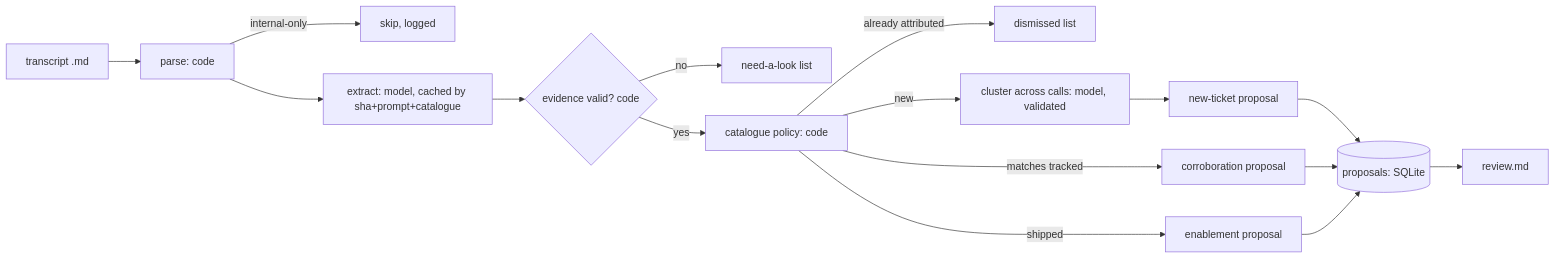
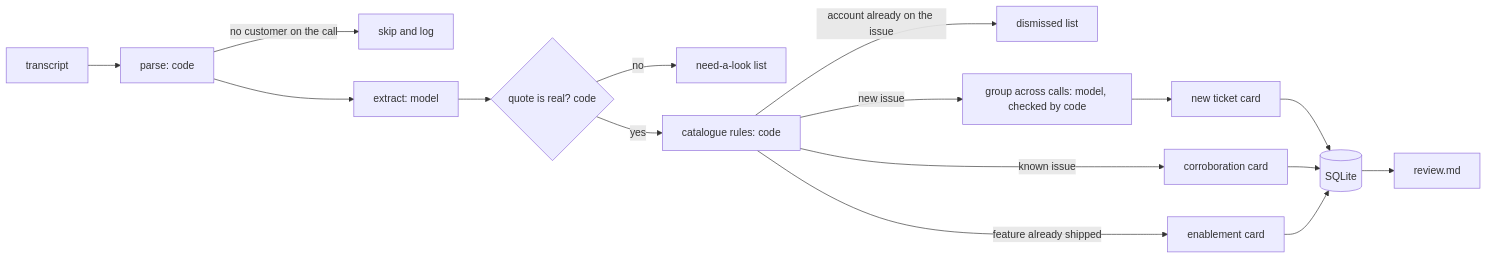
One commit to agrawalparth08/ai-take-homes changed the first of 2 diagrams in take-homes/applied-ai-engineer/solution/TRACEABILITY.md. Above: the diagram before and after it, drawn with Mermaid. The commit also changed other lines of this file and 4 other files, not shown here.

````diff
--- a/take-homes/applied-ai-engineer/solution/TRACEABILITY.md
+++ b/take-homes/applied-ai-engineer/solution/TRACEABILITY.md
@@ -8,15 +16,15 @@
 ```mermaid
 flowchart LR
-  T[transcript .md] --> P[parse: code]
-  P -->|internal-only| S[skip, logged]
-  P --> X[extract: model, cached by sha+prompt+catalogue]
-  X --> V{evidence valid? code}
+  T[transcript] --> P[parse: code]
+  P -->|no customer on the call| S[skip and log]
+  P --> X[extract: model]
+  X --> V{quote is real? code}
   V -->|no| R[need-a-look list]
-  V -->|yes| POL[catalogue policy: code]
-  POL -->|already attributed| D[dismissed list]
-  POL -->|shipped| EN[enablement proposal]
-  POL -->|matches tracked| CO[corroboration proposal]
-  POL -->|new| CL[cluster across calls: model, validated]
-  CL --> NT[new-ticket proposal]
-  NT & CO & EN --> Q[(proposals: SQLite)] --> RP[review.md]
+  V -->|yes| POL[catalogue rules: code]
+  POL -->|account already on the issue| D[dismissed list]
+  POL -->|feature already shipped| EN[enablement card]
+  POL -->|known issue| CO[corroboration card]
+  POL -->|new issue| CL[group across calls: model, checked by code]
+  CL --> NT[new ticket card]
+  NT & CO & EN --> Q[(SQLite)] --> RP[review.md]
 ```
````
